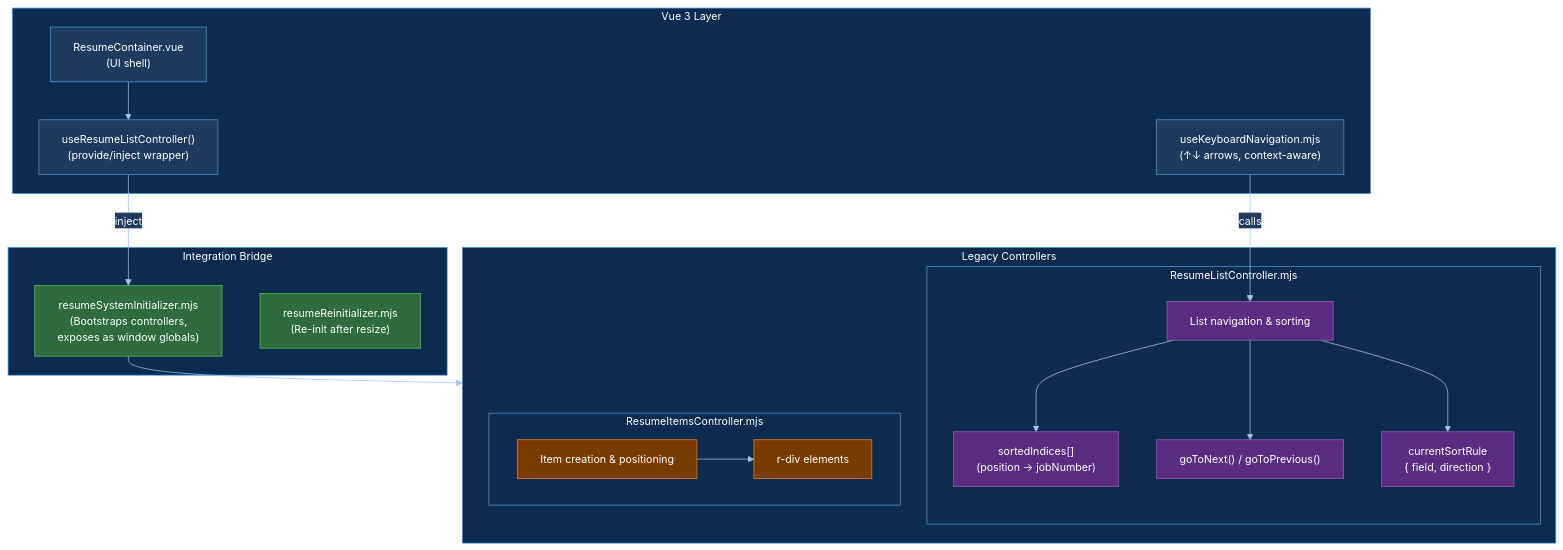
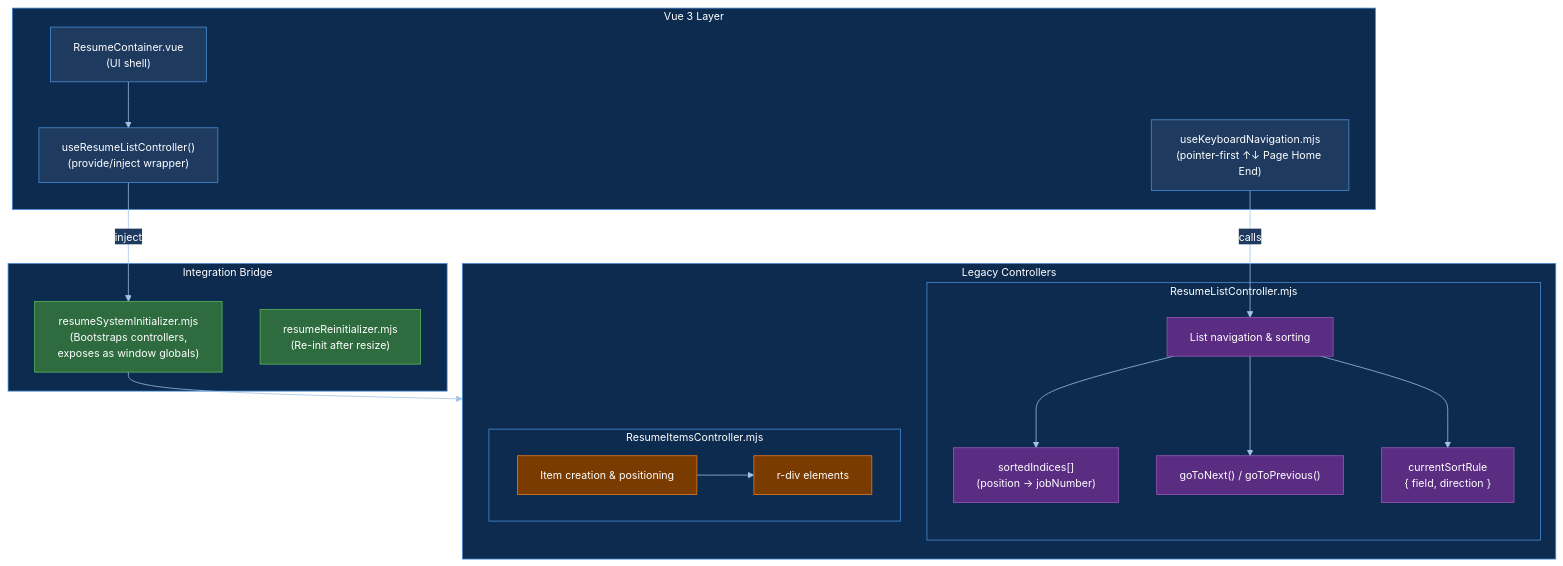
One commit to sbecker11/resume-flyer changed the sixth of 8 diagrams in docs/VUE-ARCHITECTURE.md. Above: the diagram before and after it, drawn with Mermaid. The commit also changed other lines of this file and 2 other files, not shown here.

First line of the commit message:
Document scene keyboard scroll, autoscroll, and pointer handoff.

````diff
--- a/docs/VUE-ARCHITECTURE.md
+++ b/docs/VUE-ARCHITECTURE.md
@@ -368,46 +385,46 @@
 ```mermaid
 %%{init: {"theme":"base","themeVariables":{"primaryColor":"#1e3a5f","primaryTextColor":"#ffffff","primaryBorderColor":"#4a90d9","lineColor":"#a0c4e8","secondaryColor":"#2a4a7f","tertiaryColor":"#0d2b4e","clusterBkg":"#0d2b4e","clusterBorder":"#4a90d9","titleColor":"#ffffff","edgeLabelBackground":"#1e3a5f","fontFamily":"trebuchet ms, verdana, arial","fontSize":"14px"}}}%%
 flowchart TD
     subgraph VueSide["Vue 3 Layer"]
         ResumeContainer["ResumeContainer.vue\n(UI shell)"]
         useRLC["useResumeListController()\n(provide/inject wrapper)"]
-        useKeyNav["useKeyboardNavigation.mjs\n(↑↓ arrows, context-aware)"]
+        useKeyNav["useKeyboardNavigation.mjs\n(pointer-first ↑↓ Page Home End)"]
     end
 
     subgraph Bridge["Integration Bridge"]
         Initializer["resumeSystemInitializer.mjs\n(Bootstraps controllers,\nexposes as window globals)"]
         Reinit["resumeReinitializer.mjs\n(Re-init after resize)"]
     end
 
     subgraph LegacyCtrls["Legacy Controllers"]
         subgraph ListCtrl["ResumeListController.mjs"]
             RLC["List navigation & sorting"]
             SortedIndices["sortedIndices[]\n(position → jobNumber)"]
             GoNextPrev["goToNext() / goToPrevious()"]
             SortRule["currentSortRule\n{ field, direction }"]
         end
         subgraph ItemsCtrl["ResumeItemsController.mjs"]
             RIC["Item creation & positioning"]
             rDivs["r-div elements"]
         end
     end
 
     classDef vueNode fill:#1e3a5f,stroke:#4a90d9,color:#fff
     classDef bridgeNode fill:#2e6b3e,stroke:#5cb85c,color:#fff
     classDef listNode fill:#5a2d82,stroke:#9b59b6,color:#fff
     classDef itemNode fill:#7a3b00,stroke:#e67e22,color:#fff
 
     class ResumeContainer,useRLC,useKeyNav vueNode
     class Initializer,Reinit bridgeNode
     class RLC,SortedIndices,GoNextPrev,SortRule listNode
     class RIC,rDivs itemNode
 
     ResumeContainer --> useRLC
     useRLC -->|inject| Initializer
     useKeyNav -->|calls| RLC
     Initializer --> LegacyCtrls
     RLC --> SortedIndices
     RLC --> GoNextPrev
     RLC --> SortRule
     RIC --> rDivs
 ```
````
